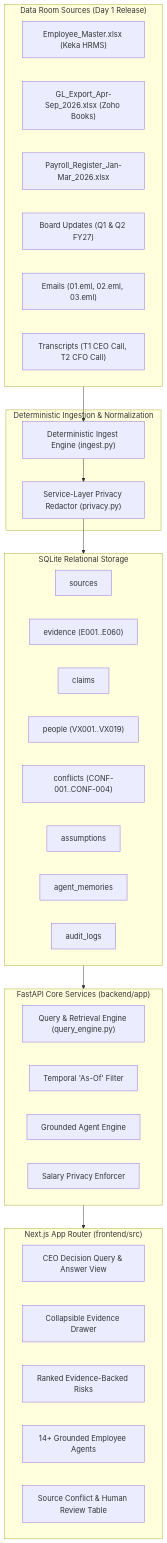
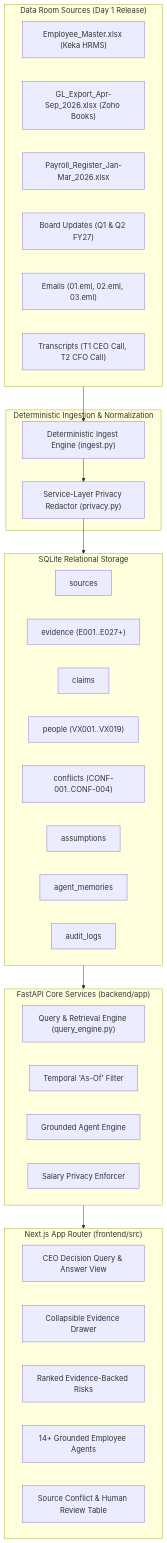
The first of 2 diagrams in ARCHITECTURE.md (rivu851/veloxa-cockpit-rivu-chattopadhyay), drawn with Mermaid before and after one commit. The commit also changed other lines of this file and 10 other files, not shown here.

Commit message:
fix(governance): ratify human conflict decisions, strengthen temporal schema and privacy controls

````diff
--- a/ARCHITECTURE.md
+++ b/ARCHITECTURE.md
@@ -24,48 +28,48 @@
 ```mermaid
 flowchart TD
     subgraph DataRoom ["Data Room Sources (Day 1 Release)"]
         D1["Employee_Master.xlsx (Keka HRMS)"]
         D2["GL_Export_Apr-Sep_2026.xlsx (Zoho Books)"]
         D3["Payroll_Register_Jan-Mar_2026.xlsx"]
         D4["Board Updates (Q1 & Q2 FY27)"]
         D5["Emails (01.eml, 02.eml, 03.eml)"]
         D6["Transcripts (T1 CEO Call, T2 CFO Call)"]
     end
 
     subgraph Ingestion ["Deterministic Ingestion & Normalization"]
         Parser["Deterministic Ingest Engine (ingest.py)"]
         PrivacyMask["Service-Layer Privacy Redactor (privacy.py)"]
     end
 
     subgraph Storage ["SQLite Relational Storage"]
         T_Source["sources"]
-        T_Evidence["evidence (E001..E060)"]
+        T_Evidence["evidence (E001..E027+)"]
         T_Claim["claims"]
         T_Person["people (VX001..VX019)"]
         T_Conflict["conflicts (CONF-001..CONF-004)"]
         T_Assumption["assumptions"]
         T_Memory["agent_memories"]
         T_Audit["audit_logs"]
     end
 
     subgraph ServiceLayer ["FastAPI Core Services (backend/app)"]
         QueryEngine["Query & Retrieval Engine (query_engine.py)"]
         TemporalFilter["Temporal 'As-Of' Filter"]
         AgentEngine["Grounded Agent Engine"]
         PrivacyEnforcer["Salary Privacy Enforcer"]
     end
 
     subgraph Presentation ["Next.js App Router (frontend/src)"]
         UI_Query["CEO Decision Query & Answer View"]
         UI_Evidence["Collapsible Evidence Drawer"]
         UI_Risks["Ranked Evidence-Backed Risks"]
         UI_Agents["14+ Grounded Employee Agents"]
         UI_Conflicts["Source Conflict & Human Review Table"]
     end
 
     DataRoom --> Parser
     Parser --> PrivacyMask
     PrivacyMask --> Storage
     Storage --> ServiceLayer
     ServiceLayer --> Presentation
 ```
````
